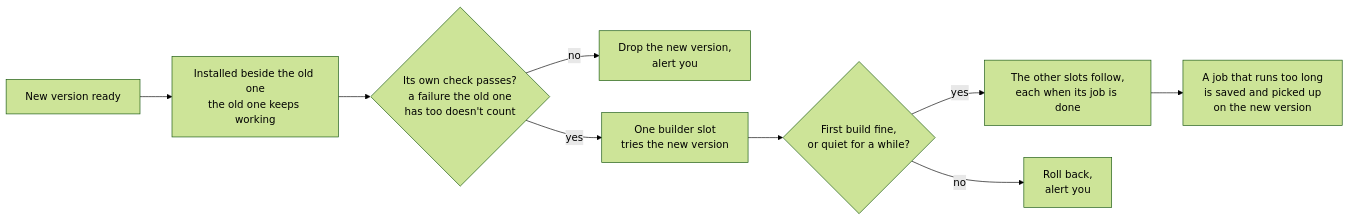
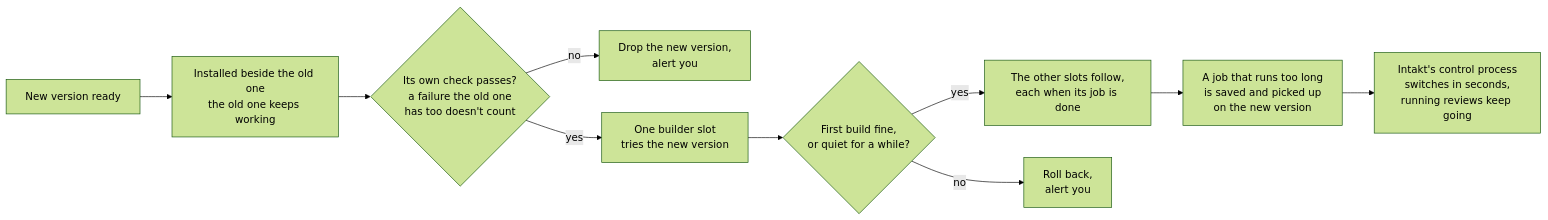
One commit to shinyredapples/intakt changed the fourth of 4 diagrams in docs/guide/the-engine-room.md. Above: the diagram before and after it, drawn with Mermaid (forest theme). The commit also changed other lines of this file and 6 other files, not shown here.

````diff
--- a/docs/guide/the-engine-room.md
+++ b/docs/guide/the-engine-room.md
@@ -116,11 +116,12 @@
 ```mermaid
 flowchart LR
   a[New version ready] --> b[Installed beside the old one<br/>the old one keeps working]
   b --> c{Its own check passes?<br/>a failure the old one<br/>has too doesn't count}
   c -- no --> g[Drop the new version,<br/>alert you]
   c -- yes --> d[One builder slot<br/>tries the new version]
   d --> e{First build fine,<br/>or quiet for a while?}
   e -- yes --> f[The other slots follow,<br/>each when its job is done]
   e -- no --> h[Roll back,<br/>alert you]
   f --> i[A job that runs too long<br/>is saved and picked up<br/>on the new version]
+  i --> j[Intakt's control process<br/>switches in seconds,<br/>running reviews keep going]
 ```
````
